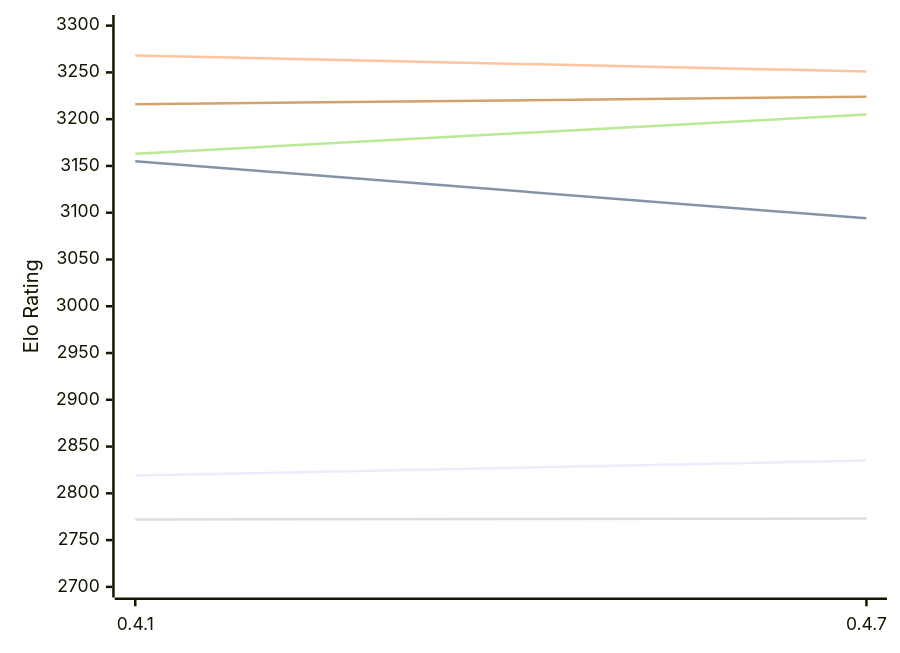
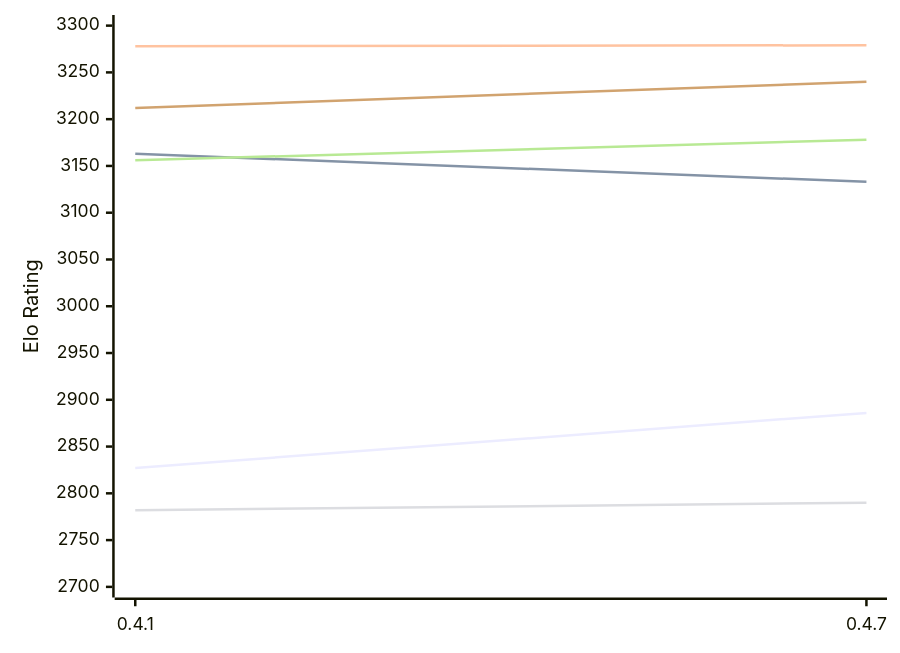
The diagram in engines/Arabica.md (computer-chess-index/cci), drawn with Mermaid before and after one commit. The commit also changed other lines of this file, not shown here.

Commit message:
Update CCI Ratings (ELO VLTC) - 2026-11-16

````diff
--- a/engines/Arabica.md
+++ b/engines/Arabica.md
@@ -49,12 +49,12 @@
 ```mermaid
 %%{init: {"theme":"base","themeVariables":{"seriesColors:['#a3a3a3','#222221','#faa371']}}}%%
 xychart-beta
   x-axis ["0.4.1", "0.4.7"]
   y-axis "Elo Rating" 2700 --> 3300
-  line "E1: STC (8.0+0.08s)" [2819, 2835]
-  line "E1: LTC (60.0+0.60s)" [3155, 3094]
-  line "E1: VLTC (2m24s+1.12s)" [3268, 3251]
-  line "P1: STC (8.0+0.08s)" [2772, 2773]
-  line "P1: LTC (60.0+0.60s)" [3163, 3205]
-  line "P1: VLTC (2m24s+1.12s)" [3216, 3224]
+  line "E1: STC (8.0+0.08s)" [2827, 2886]
+  line "E1: LTC (60.0+0.60s)" [3163, 3133]
+  line "E1: VLTC (2m24s+1.12s)" [3278, 3279]
+  line "P1: STC (8.0+0.08s)" [2782, 2790]
+  line "P1: LTC (60.0+0.60s)" [3156, 3178]
+  line "P1: VLTC (2m24s+1.12s)" [3212, 3240]
 ```
````
